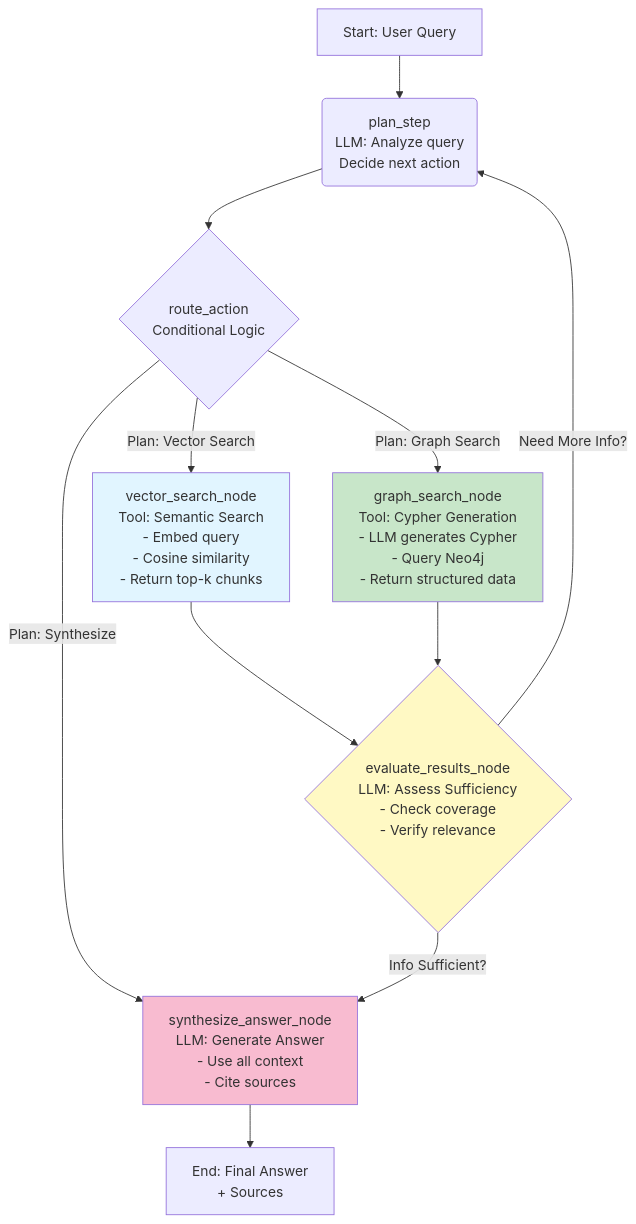
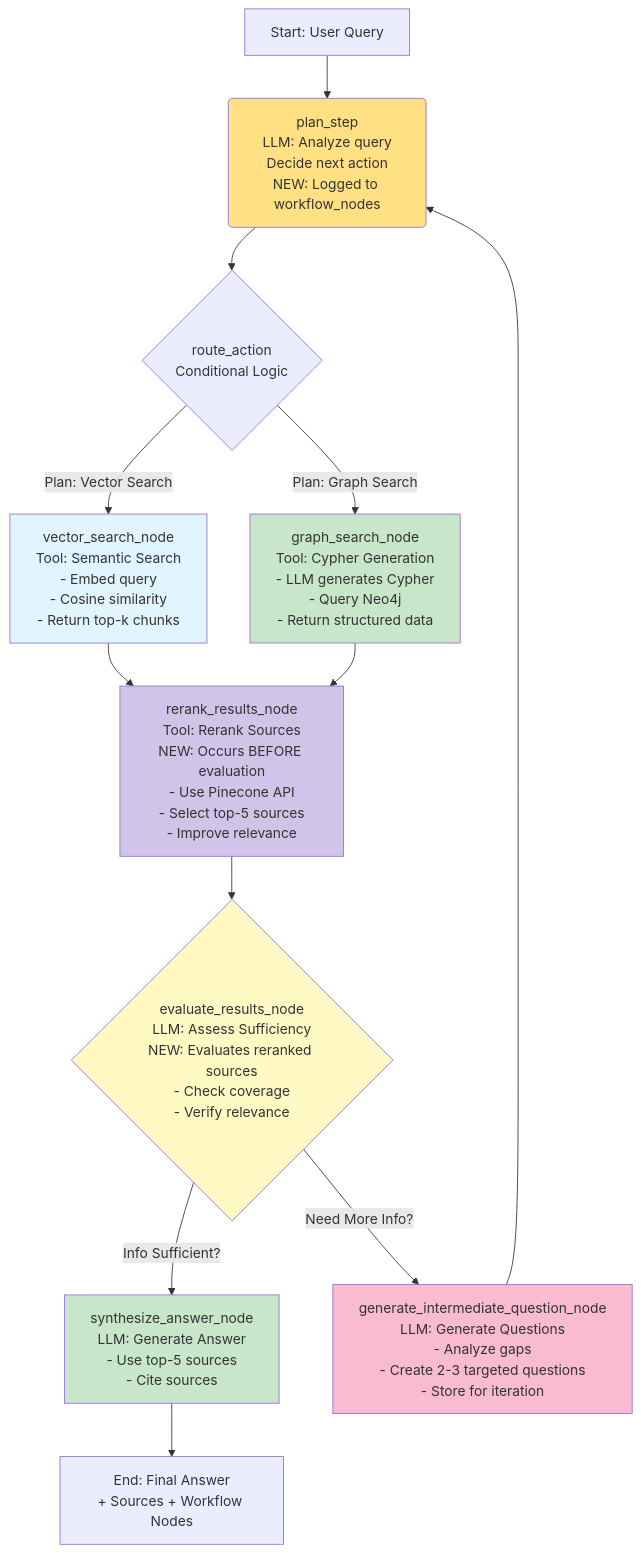
One commit to gabrielmsidik/legal-agentic-rag-documentation changed the first of 2 diagrams in documentation.md. Above: the diagram before and after it, drawn with Mermaid. The commit also changed other lines of this file and 19 other files, not shown here.

Commit message:
updated agentic flow with chain of thought reasoning

````diff
--- a/documentation.md
+++ b/documentation.md
@@ -289,22 +334,27 @@
 ```mermaid
 graph TD
-    A[Start: User Query] --> B(plan_step<br/>LLM: Analyze query<br/>Decide next action)
+    A[Start: User Query] --> B(plan_step<br/>LLM: Analyze query<br/>Decide next action<br/>NEW: Logged to workflow_nodes)
     B --> C{route_action<br/>Conditional Logic}
 
     C -- Plan: Vector Search --> D["vector_search_node<br/>Tool: Semantic Search<br/>- Embed query<br/>- Cosine similarity<br/>- Return top-k chunks"]
     C -- Plan: Graph Search --> E["graph_search_node<br/>Tool: Cypher Generation<br/>- LLM generates Cypher<br/>- Query Neo4j<br/>- Return structured data"]
-    C -- Plan: Synthesize --> G["synthesize_answer_node<br/>LLM: Generate Answer<br/>- Use all context<br/>- Cite sources"]
 
-    D --> F{"evaluate_results_node<br/>LLM: Assess Sufficiency<br/>- Check coverage<br/>- Verify relevance"}
-    E --> F
+    D --> I["rerank_results_node<br/>Tool: Rerank Sources<br/>NEW: Occurs BEFORE evaluation<br/>- Use Pinecone API<br/>- Select top-5 sources<br/>- Improve relevance"]
+    E --> I
 
-    F -- Need More Info? --> B
-    F -- Info Sufficient? --> G
+    I --> F{"evaluate_results_node<br/>LLM: Assess Sufficiency<br/>NEW: Evaluates reranked sources<br/>- Check coverage<br/>- Verify relevance"}
 
-    G --> H[End: Final Answer<br/>+ Sources]
+    F -- Info Sufficient? --> H["synthesize_answer_node<br/>LLM: Generate Answer<br/>- Use top-5 sources<br/>- Cite sources"]
+    F -- Need More Info? --> G["generate_intermediate_question_node<br/>LLM: Generate Questions<br/>- Analyze gaps<br/>- Create 2-3 targeted questions<br/>- Store for iteration"]
 
+    G --> B
+    H --> J[End: Final Answer<br/>+ Sources + Workflow Nodes]
+
+    style B fill:#FFE082
     style D fill:#e1f5ff
     style E fill:#c8e6c9
+    style I fill:#d1c4e9
     style F fill:#fff9c4
     style G fill:#f8bbd0
+    style H fill:#c8e6c9
 ```
````
